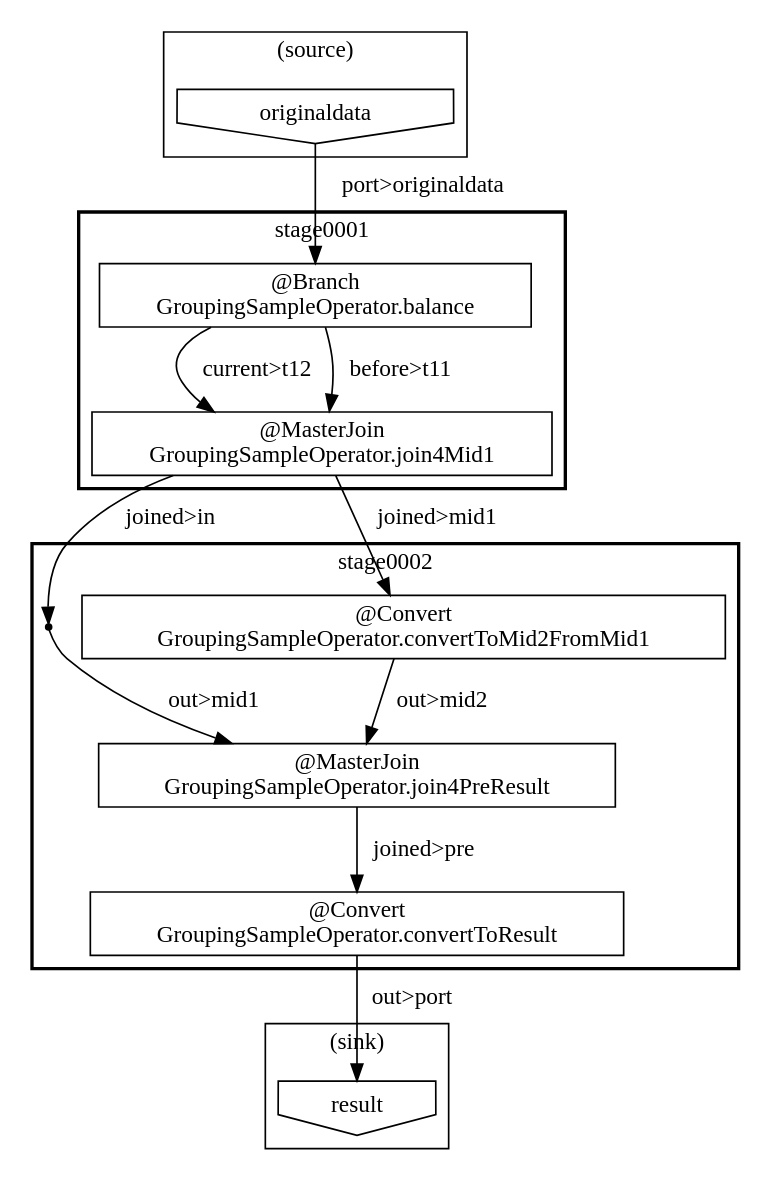
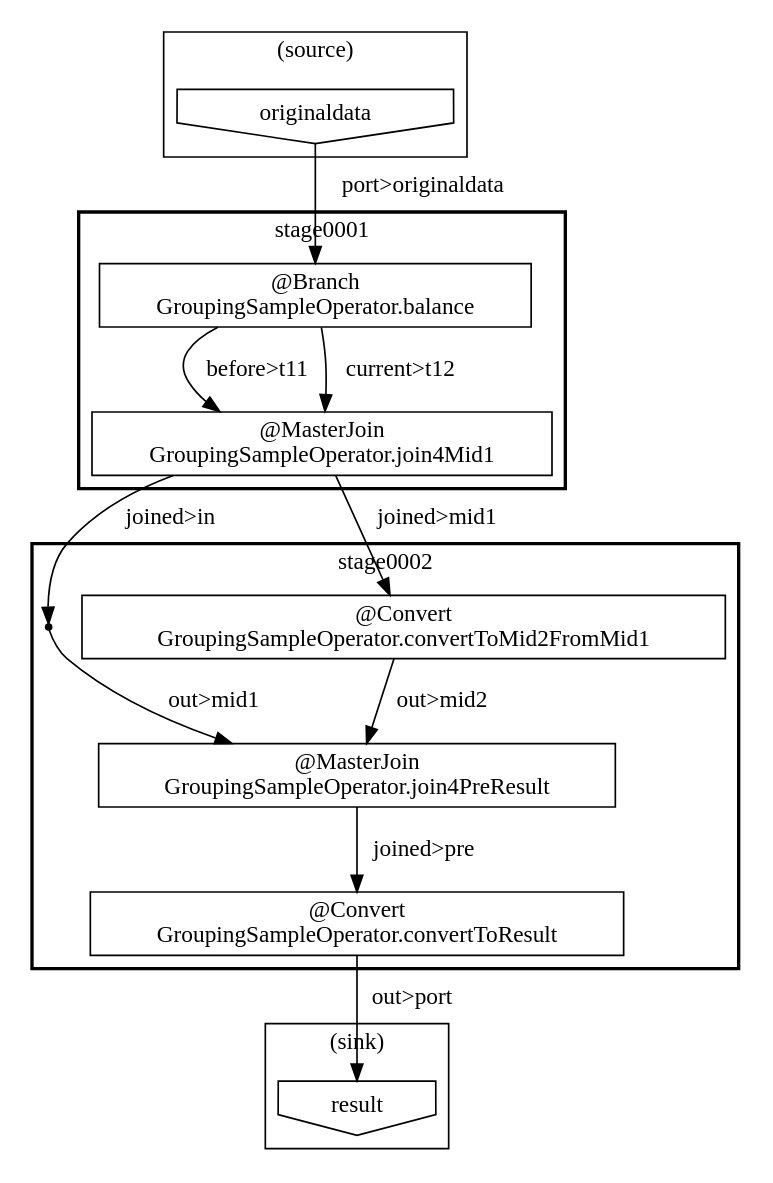
One commit to ironpeace/AsakusaGroupingSample changed the diagram in target/batchc/gsBatch/opt/dsl-analysis/jobflow/TheGroupingSampleJobFlow/stagegraph.dot. Above: the diagram before and after it, drawn with Graphviz. The commit also changed 98 other files, not shown here.

```diff
--- a/target/batchc/gsBatch/opt/dsl-analysis/jobflow/TheGroupingSampleJobFlow/stagegraph.dot
+++ b/target/batchc/gsBatch/opt/dsl-analysis/jobflow/TheGroupingSampleJobFlow/stagegraph.dot
@@ -1,33 +1,33 @@
 digraph {
-    subgraph "cluster_24abc6b4-c4a3-4719-af77-3677300f80b1" {
+    subgraph "cluster_7d072cfe-c0a4-4a32-a746-40ea6d54c876" {
         label = "(sink)";
-        "7ffa5598-eef6-401d-a8fd-75f8f5c46777" [shape=invhouse, label="result"];
+        "9be6ade8-f621-4d3f-94ae-a63b6ca068e0" [shape=invhouse, label="result"];
     }
-    subgraph "cluster_9b1e50aa-92e8-4fc5-9d53-04d5a84c11ba" {
+    subgraph "cluster_c879afa6-a437-4256-8aa1-f3d8d0f17311" {
         label = "(source)";
-        "2ca8b6e5-43cd-40ed-97a8-8c042d1de56c" [shape=invhouse, label="originaldata"];
+        "d8ebaeed-ad52-4dfa-9fae-0848a459d383" [shape=invhouse, label="originaldata"];
     }
-    subgraph "cluster_9b2056e3-a6e1-46cf-a094-474a5a95a45f" {
+    subgraph "cluster_37cfe31c-0fd0-43ac-940b-fa52390710a6" {
         label = "stage0001";
         style = bold;
-        "c98410d8-9c4d-422a-90d5-df2484e6b389" [shape=box, label="@Branch\nGroupingSampleOperator.balance"];
-        "4d807a49-5330-442d-920a-0fc433a77c1c" [shape=box, label="@MasterJoin\nGroupingSampleOperator.join4Mid1"];
+        "57fd68b3-e476-43f5-a444-de92ca87e61f" [shape=box, label="@MasterJoin\nGroupingSampleOperator.join4Mid1"];
+        "fb801248-f919-4345-93d1-cfb1b82bc698" [shape=box, label="@Branch\nGroupingSampleOperator.balance"];
     }
-    subgraph "cluster_ae1987c3-585c-43da-ba73-28a6231d2093" {
+    subgraph "cluster_b9701144-2559-45eb-baeb-c3c53440ccbf" {
         label = "stage0002";
         style = bold;
-        "60740a81-1448-459a-af67-18207082511e" [shape=point];
-        "6cf803fc-bb11-4bbb-93cc-f51bb6915c13" [shape=box, label="@Convert\nGroupingSampleOperator.convertToMid2FromMid1"];
-        "ea0736ce-511d-4841-b798-edfac0e68fa7" [shape=box, label="@MasterJoin\nGroupingSampleOperator.join4PreResult"];
-        "834f525f-6768-4ded-84fe-672afe1cf09f" [shape=box, label="@Convert\nGroupingSampleOperator.convertToResult"];
+        "0fb20294-5747-4dd7-998e-bb9047dc5bd9" [shape=box, label="@MasterJoin\nGroupingSampleOperator.join4PreResult"];
+        "4e56d1fc-c595-4c99-9338-e18b248977a8" [shape=box, label="@Convert\nGroupingSampleOperator.convertToResult"];
+        "408b3761-bf1e-4b73-a1e9-1107b04043bd" [shape=point];
+        "66659a30-8d3b-434a-b5b0-b48f00f0eecd" [shape=box, label="@Convert\nGroupingSampleOperator.convertToMid2FromMid1"];
     }
-    "2ca8b6e5-43cd-40ed-97a8-8c042d1de56c" -> "c98410d8-9c4d-422a-90d5-df2484e6b389" [label="port>originaldata"];
-    "c98410d8-9c4d-422a-90d5-df2484e6b389" -> "4d807a49-5330-442d-920a-0fc433a77c1c" [label="current>t12"];
-    "c98410d8-9c4d-422a-90d5-df2484e6b389" -> "4d807a49-5330-442d-920a-0fc433a77c1c" [label="before>t11"];
-    "4d807a49-5330-442d-920a-0fc433a77c1c" -> "6cf803fc-bb11-4bbb-93cc-f51bb6915c13" [label="joined>mid1"];
-    "4d807a49-5330-442d-920a-0fc433a77c1c" -> "60740a81-1448-459a-af67-18207082511e" [label="joined>in"];
-    "6cf803fc-bb11-4bbb-93cc-f51bb6915c13" -> "ea0736ce-511d-4841-b798-edfac0e68fa7" [label="out>mid2"];
-    "60740a81-1448-459a-af67-18207082511e" -> "ea0736ce-511d-4841-b798-edfac0e68fa7" [label="out>mid1"];
-    "834f525f-6768-4ded-84fe-672afe1cf09f" -> "7ffa5598-eef6-401d-a8fd-75f8f5c46777" [label="out>port"];
-    "ea0736ce-511d-4841-b798-edfac0e68fa7" -> "834f525f-6768-4ded-84fe-672afe1cf09f" [label="joined>pre"];
+    "d8ebaeed-ad52-4dfa-9fae-0848a459d383" -> "fb801248-f919-4345-93d1-cfb1b82bc698" [label="port>originaldata"];
+    "57fd68b3-e476-43f5-a444-de92ca87e61f" -> "408b3761-bf1e-4b73-a1e9-1107b04043bd" [label="joined>in"];
+    "57fd68b3-e476-43f5-a444-de92ca87e61f" -> "66659a30-8d3b-434a-b5b0-b48f00f0eecd" [label="joined>mid1"];
+    "fb801248-f919-4345-93d1-cfb1b82bc698" -> "57fd68b3-e476-43f5-a444-de92ca87e61f" [label="before>t11"];
+    "fb801248-f919-4345-93d1-cfb1b82bc698" -> "57fd68b3-e476-43f5-a444-de92ca87e61f" [label="current>t12"];
+    "4e56d1fc-c595-4c99-9338-e18b248977a8" -> "9be6ade8-f621-4d3f-94ae-a63b6ca068e0" [label="out>port"];
+    "0fb20294-5747-4dd7-998e-bb9047dc5bd9" -> "4e56d1fc-c595-4c99-9338-e18b248977a8" [label="joined>pre"];
+    "66659a30-8d3b-434a-b5b0-b48f00f0eecd" -> "0fb20294-5747-4dd7-998e-bb9047dc5bd9" [label="out>mid2"];
+    "408b3761-bf1e-4b73-a1e9-1107b04043bd" -> "0fb20294-5747-4dd7-998e-bb9047dc5bd9" [label="out>mid1"];
 }
```
